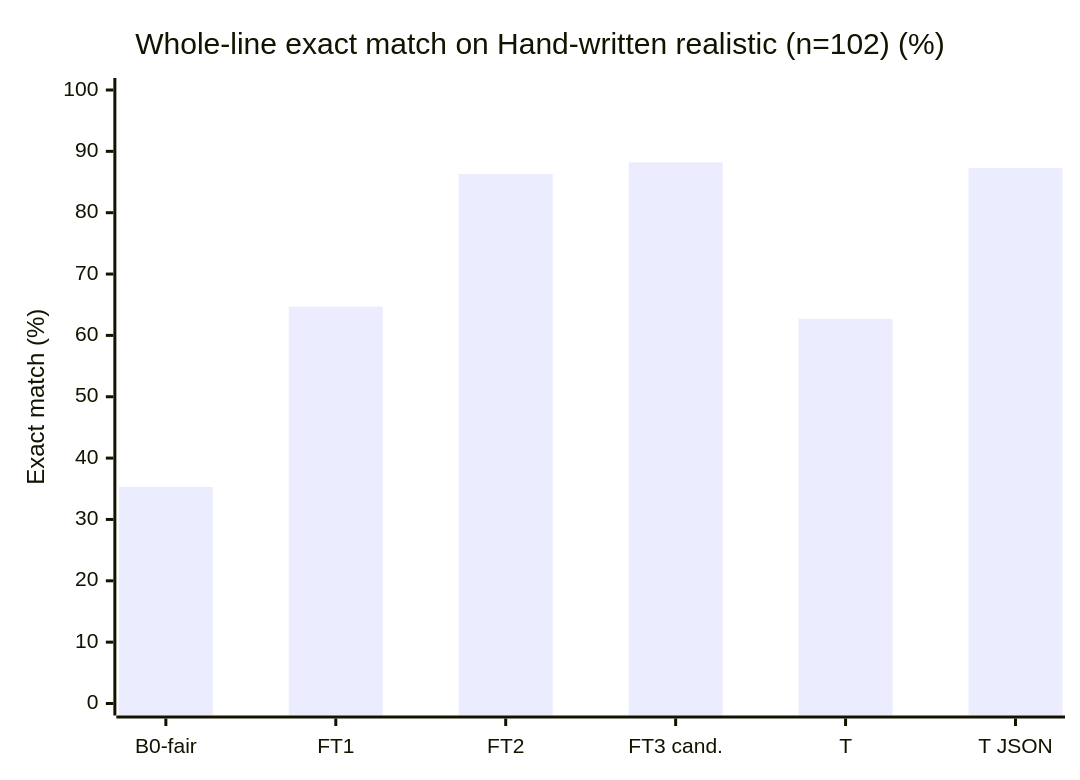
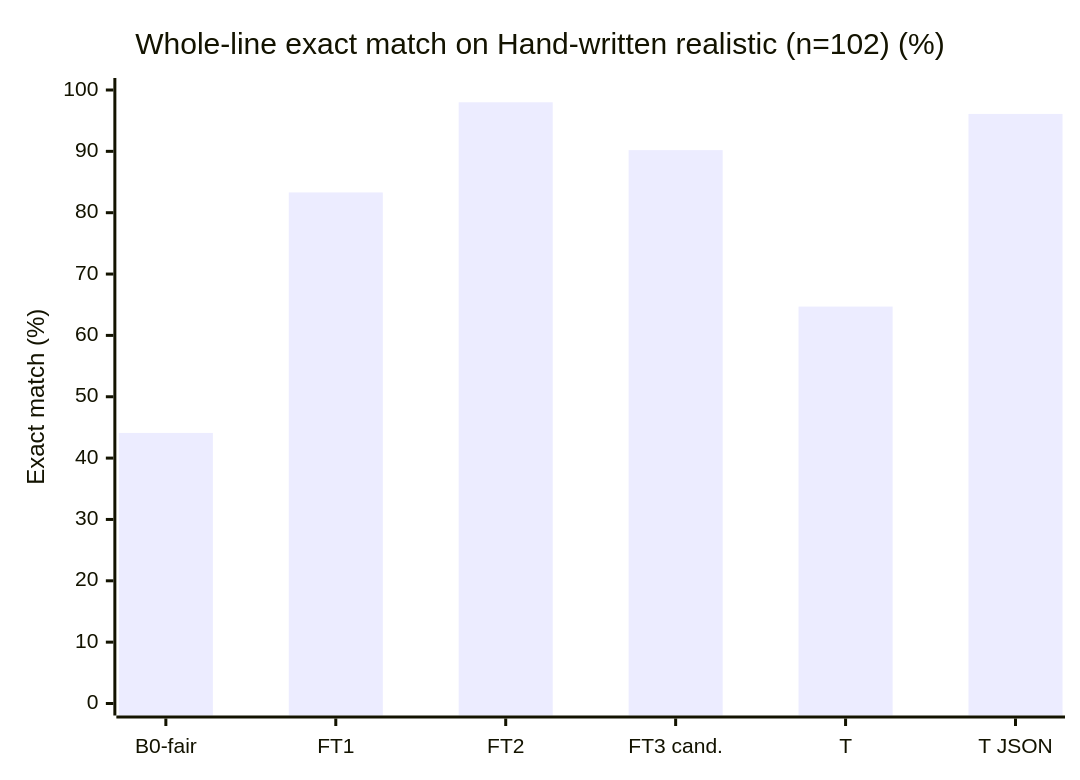
Before and after one commit to Vedant817/aaji-pill-clerk: the first of 4 diagrams in eval/results.md, drawn with Mermaid. The commit also changed other lines of this file and 32 other files, not shown here.

````diff
--- a/eval/results.md
+++ b/eval/results.md
@@ -176,7 +178,7 @@
 ```mermaid
 xychart-beta
     title "Whole-line exact match on Hand-written realistic (n=102) (%)"
     x-axis ["B0-fair", "FT1", "FT2", "FT3 cand.", "T", "T JSON"]
     y-axis "Exact match (%)" 0 --> 100
-    bar [35.3, 64.7, 86.3, 88.2, 62.7, 87.3]
+    bar [44.1, 83.3, 98.0, 90.2, 64.7, 96.1]
 ```
````
